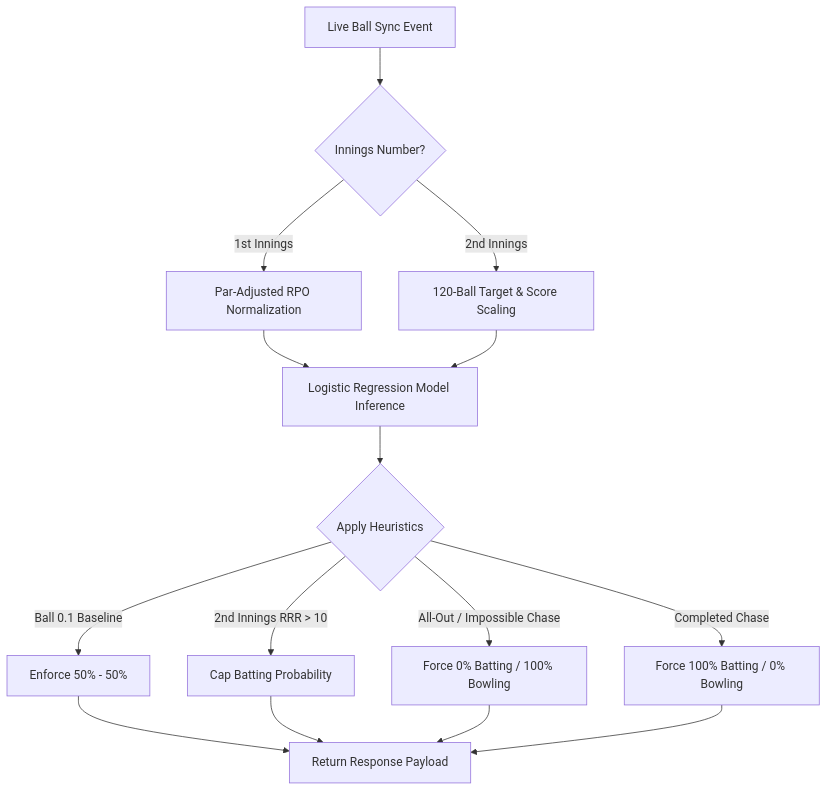
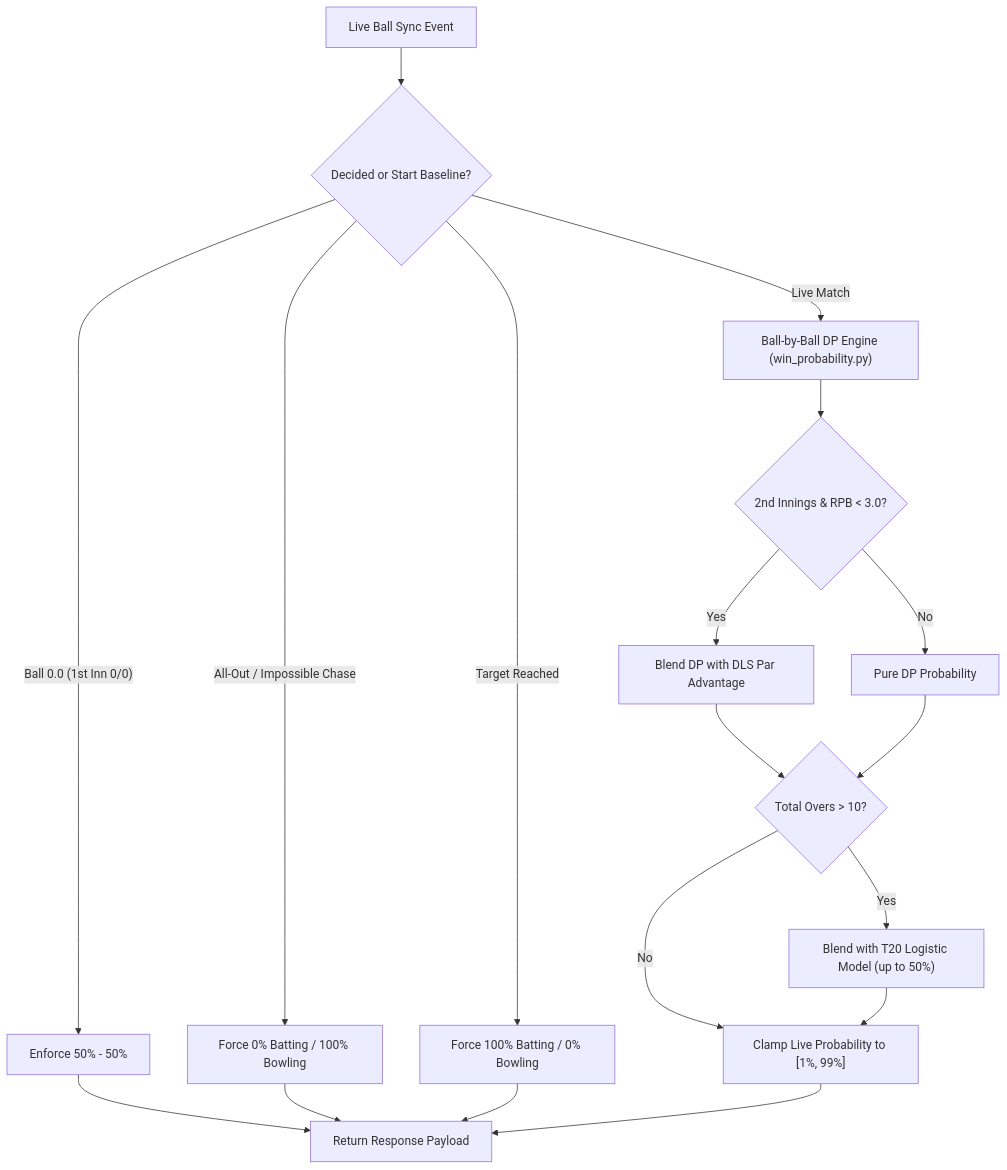
The second of 2 diagrams in docs/mlops_tutorial.md (venkatesh-singamsetty/cricscore), drawn with Mermaid before and after one commit. The commit also changed other lines of this file and 43 other files, not shown here.

First line of the commit message:
feat: responsive UI/UX overhaul, live score sync, format-agnostic DLS & DP+DLS hybrid ML engine (#264)

````diff
--- a/docs/mlops_tutorial.md
+++ b/docs/mlops_tutorial.md
@@ -166,17 +170,20 @@
 ```mermaid
 graph TD
-    A[Live Ball Sync Event] --> B{Innings Number?}
-    B -- 1st Innings --> C[Par-Adjusted RPO Normalization]
-    B -- 2nd Innings --> D[120-Ball Target & Score Scaling]
-    C --> E[Logistic Regression Model Inference]
-    D --> E
-    E --> F{Apply Heuristics}
-    F -- Ball 0.1 Baseline --> G[Enforce 50% - 50%]
-    F -- 2nd Innings RRR > 10 --> H[Cap Batting Probability]
-    F -- All-Out / Impossible Chase --> I[Force 0% Batting / 100% Bowling]
-    F -- Completed Chase --> J[Force 100% Batting / 0% Bowling]
-    G --> K[Return Response Payload]
-    H --> K
+    A["Live Ball Sync Event"] --> B{"Decided or Start Baseline?"}
+    B -- "Ball 0.0 (1st Inn 0/0)" --> G["Enforce 50% - 50%"]
+    B -- "Target Reached" --> J["Force 100% Batting / 0% Bowling"]
+    B -- "All-Out / Impossible Chase" --> I["Force 0% Batting / 100% Bowling"]
+    B -- "Live Match" --> C["Ball-by-Ball DP Engine (win_probability.py)"]
+    C --> D{"2nd Innings & RPB < 3.0?"}
+    D -- "Yes" --> E["Blend DP with DLS Par Advantage"]
+    D -- "No" --> F["Pure DP Probability"]
+    E --> H{"Total Overs > 10?"}
+    F --> H
+    H -- "Yes" --> M["Blend with T20 Logistic Model (up to 50%)"]
+    H -- "No" --> N["Clamp Live Probability to [1%, 99%]"]
+    M --> N
+    G --> K["Return Response Payload"]
     I --> K
     J --> K
+    N --> K
 ```
````
